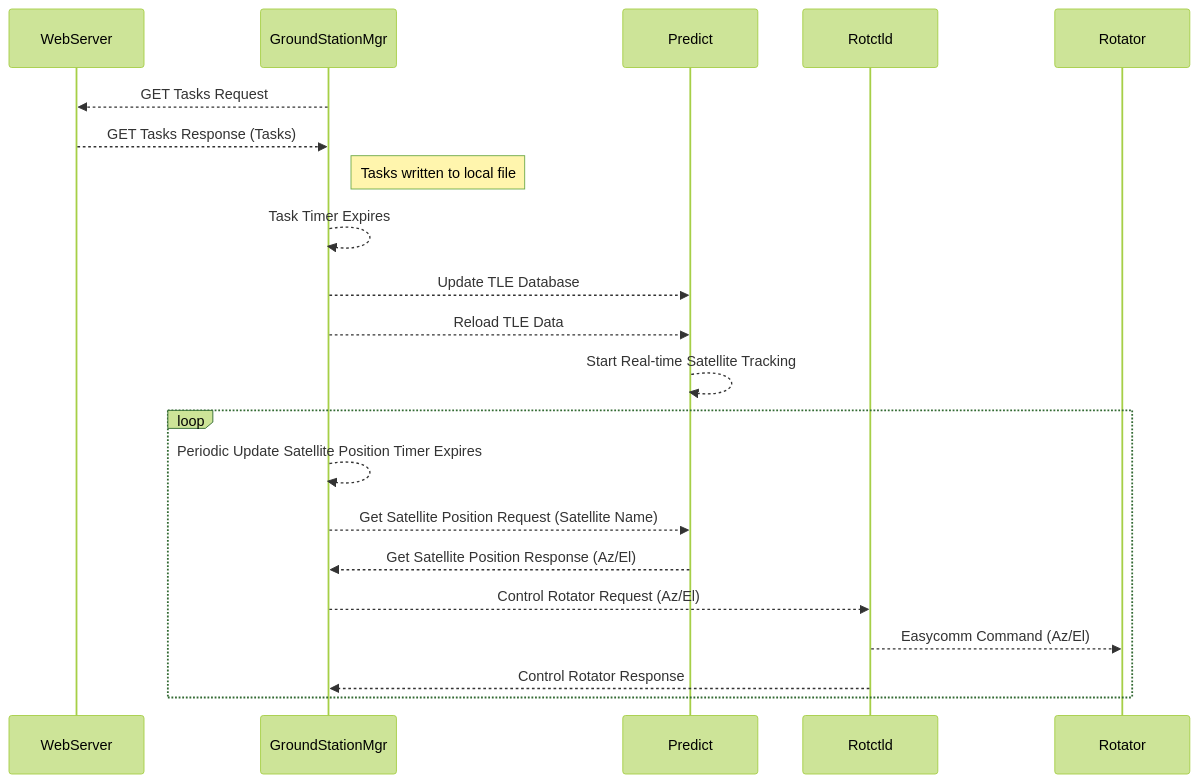
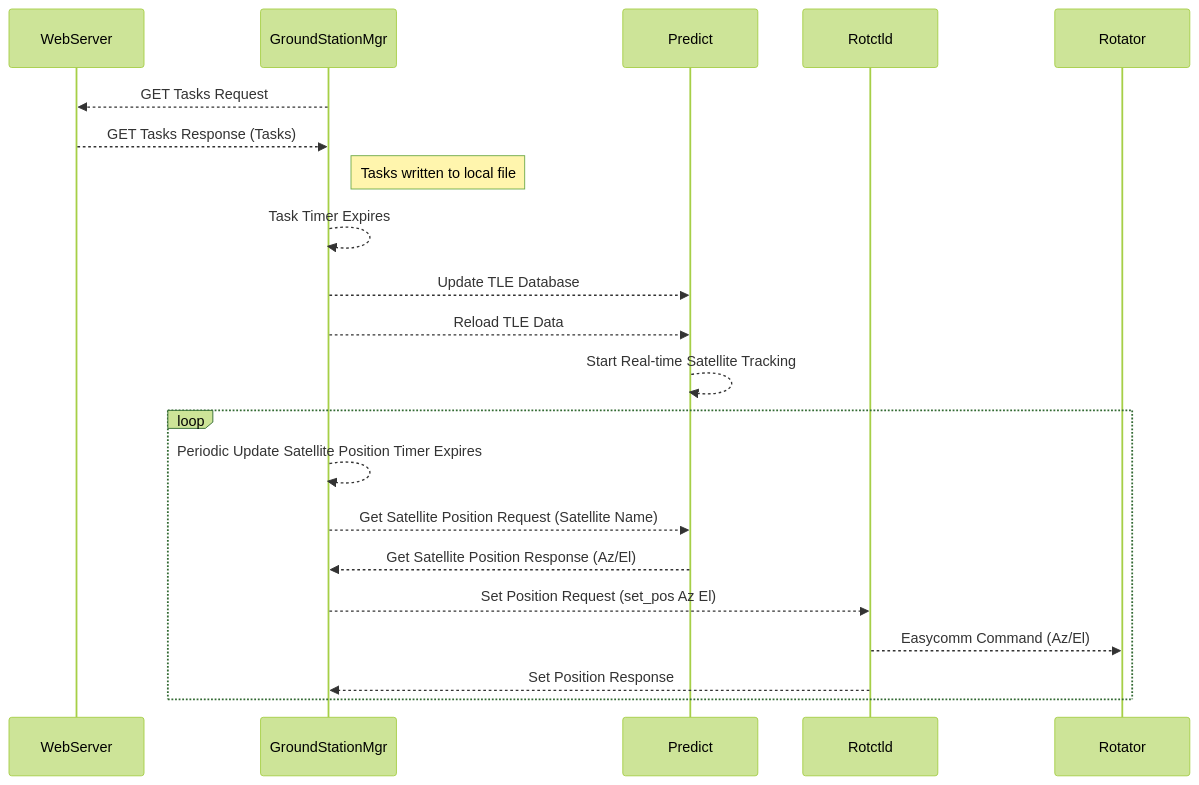
Before and after one commit to HogeAerospaceInstitute/gs-manager: the second of 2 diagrams in sdrpp/misc_modules/ground_station_mgr/readme.md, drawn with Mermaid (forest theme).

Commit message:
Update readme.md
Minor correction to sequence diagram

````diff
--- a/sdrpp/misc_modules/ground_station_mgr/readme.md
+++ b/sdrpp/misc_modules/ground_station_mgr/readme.md
@@ -44,25 +44,25 @@
 ```mermaid
 sequenceDiagram
 	participant WebServer
 	participant GroundStationMgr
 	participant Predict
 	participant Rotctld
 	participant Rotator
 	
 	GroundStationMgr-->>WebServer: GET Tasks Request
 	WebServer-->>GroundStationMgr: GET Tasks Response (Tasks)
 	Note right of GroundStationMgr: Tasks written to local file
 	GroundStationMgr-->>GroundStationMgr: Task Timer Expires
 	GroundStationMgr-->>Predict: Update TLE Database
 	GroundStationMgr-->>Predict: Reload TLE Data
 	Predict-->>Predict: Start Real-time Satellite Tracking
 	loop
 		GroundStationMgr-->>GroundStationMgr: Periodic Update Satellite Position Timer Expires
 		GroundStationMgr-->>Predict: Get Satellite Position Request (Satellite Name)
 		Predict-->>GroundStationMgr: Get Satellite Position Response (Az/El)
-		GroundStationMgr-->>Rotctld: Control Rotator Request (Az/El)
+		GroundStationMgr-->>Rotctld: Set Position Request (set_pos Az El)
 		Rotctld-->>Rotator: Easycomm Command (Az/El)
-		Rotctld-->>GroundStationMgr: Control Rotator Response
+		Rotctld-->>GroundStationMgr: Set Position Response
 	end
 
 ```
````
